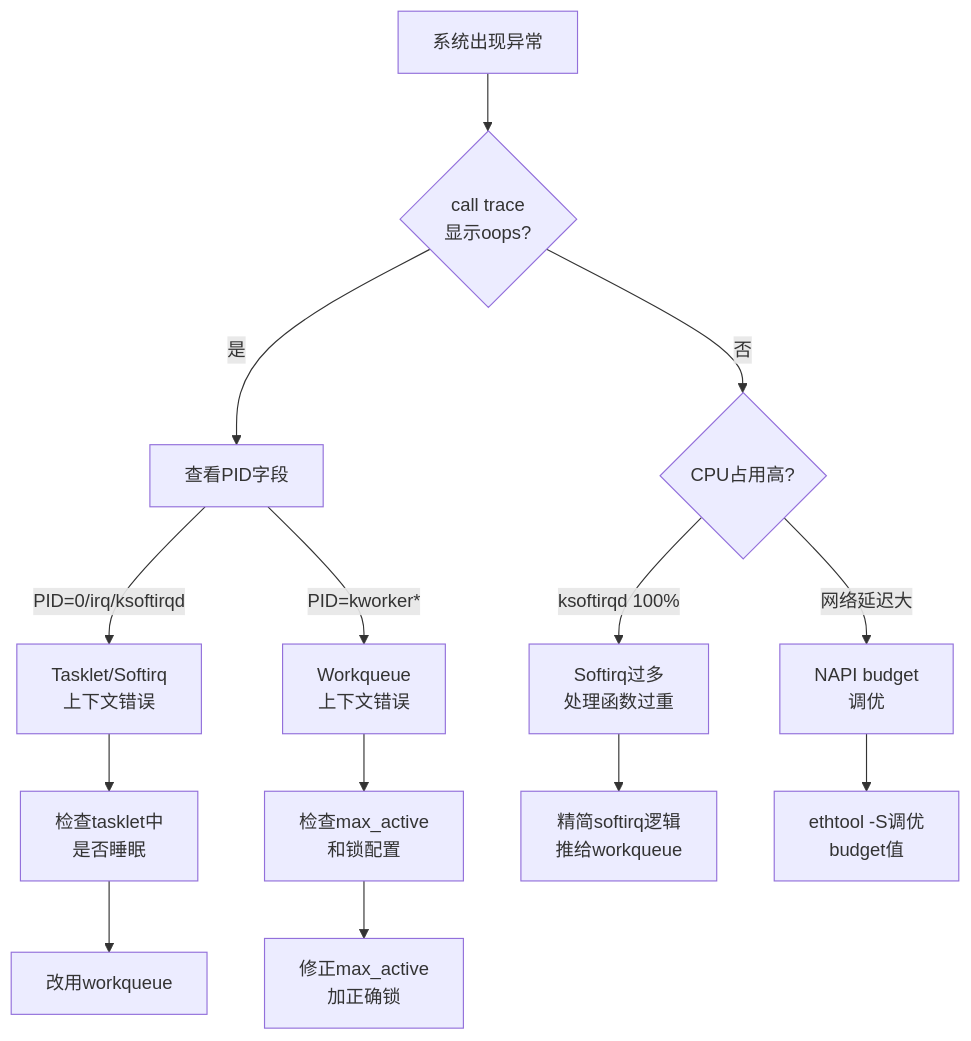
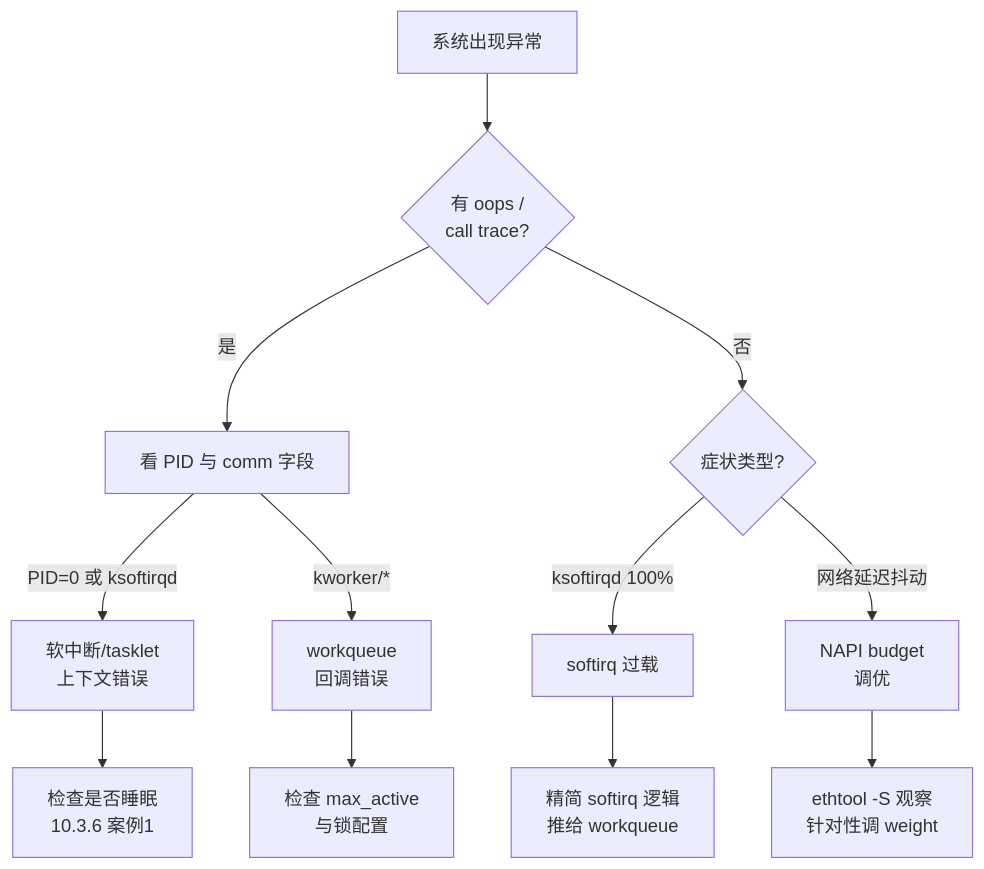
The diagram in docs/02-核心机制深度解析/第10章 中断与时间/10.3.7_底半部常见错误与陷阱.md (xiaohong0925/Embedded_Knowledge_System_V2026), drawn with Mermaid before and after one commit. The commit also changed other lines of this file and 65 other files, not shown here.

````diff
--- a/docs/02-核心机制深度解析/第10章 中断与时间/10.3.7_底半部常见错误与陷阱.md
+++ b/docs/02-核心机制深度解析/第10章 中断与时间/10.3.7_底半部常见错误与陷阱.md
@@ -85,16 +67,14 @@
 ```mermaid
 flowchart TD
-    A[系统出现异常] --> B{call trace<br>显示oops?}
-    B -->|是| C[查看PID字段]
-    C -->|PID=0/irq/ksoftirqd| D[Tasklet/Softirq<br>上下文错误]
-    C -->|PID=kworker*| E[Workqueue<br>上下文错误]
-    D --> F[检查tasklet中<br>是否睡眠]
-    E --> G[检查max_active<br>和锁配置]
-    B -->|否| H{CPU占用高?}
-    H -->|ksoftirqd 100%| I[Softirq过多<br>处理函数过重]
-    H -->|网络延迟大| J[NAPI budget<br>调优]
-    I --> K[精简softirq逻辑<br>推给workqueue]
-    J --> L[ethtool -S调优<br>budget值]
-    F --> M[改用workqueue]
-    G --> N[修正max_active<br>加正确锁]
+    A[系统出现异常] --> B{有 oops /<br>call trace?}
+    B -->|是| C[看 PID 与 comm 字段]
+    C -->|PID=0 或 ksoftirqd| D[软中断/tasklet<br>上下文错误]
+    C -->|kworker/*| E[workqueue<br>回调错误]
+    D --> F[检查是否睡眠<br>10.3.6 案例1]
+    E --> G[检查 max_active<br>与锁配置]
+    B -->|否| H{症状类型?}
+    H -->|ksoftirqd 100%| I[softirq 过载]
+    H -->|网络延迟抖动| J[NAPI budget<br>调优]
+    I --> K[精简 softirq 逻辑<br>推给 workqueue]
+    J --> L[ethtool -S 观察<br>针对性调 weight]
 ```
````
